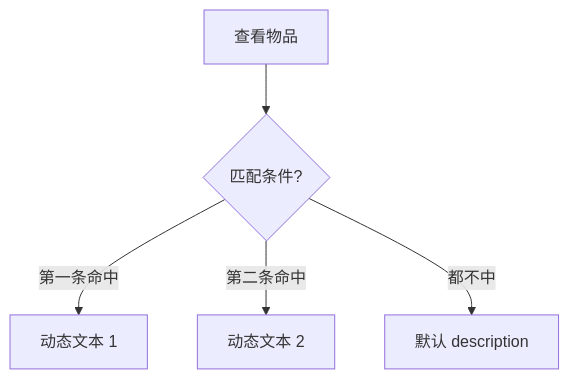
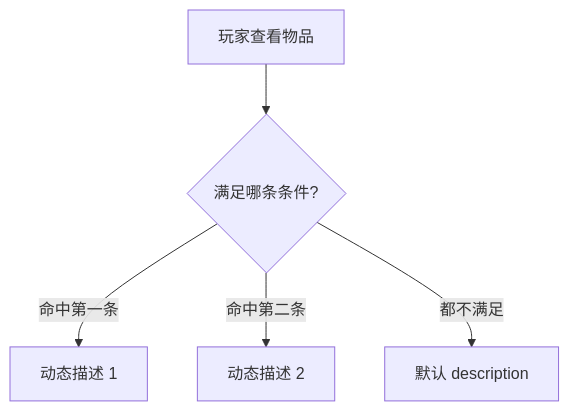
One commit to wubugui/GDoc changed the diagram in docs/editors/panels/item.md. Above: the diagram before and after it, drawn with Mermaid. The commit also changed other lines of this file and 112 other files, not shown here.

````diff
--- a/docs/editors/panels/item.md
+++ b/docs/editors/panels/item.md
@@ -38,7 +34,7 @@
 ```mermaid
 flowchart TD
-  V[查看物品] --> C{匹配条件?}
-  C -->|第一条命中| T1[动态文本 1]
-  C -->|第二条命中| T2[动态文本 2]
-  C -->|都不中| D[默认 description]
+  V[玩家查看物品] --> C{满足哪条条件?}
+  C -->|命中第一条| T1[动态描述 1]
+  C -->|命中第二条| T2[动态描述 2]
+  C -->|都不满足| D[默认 description]
 ```
````
